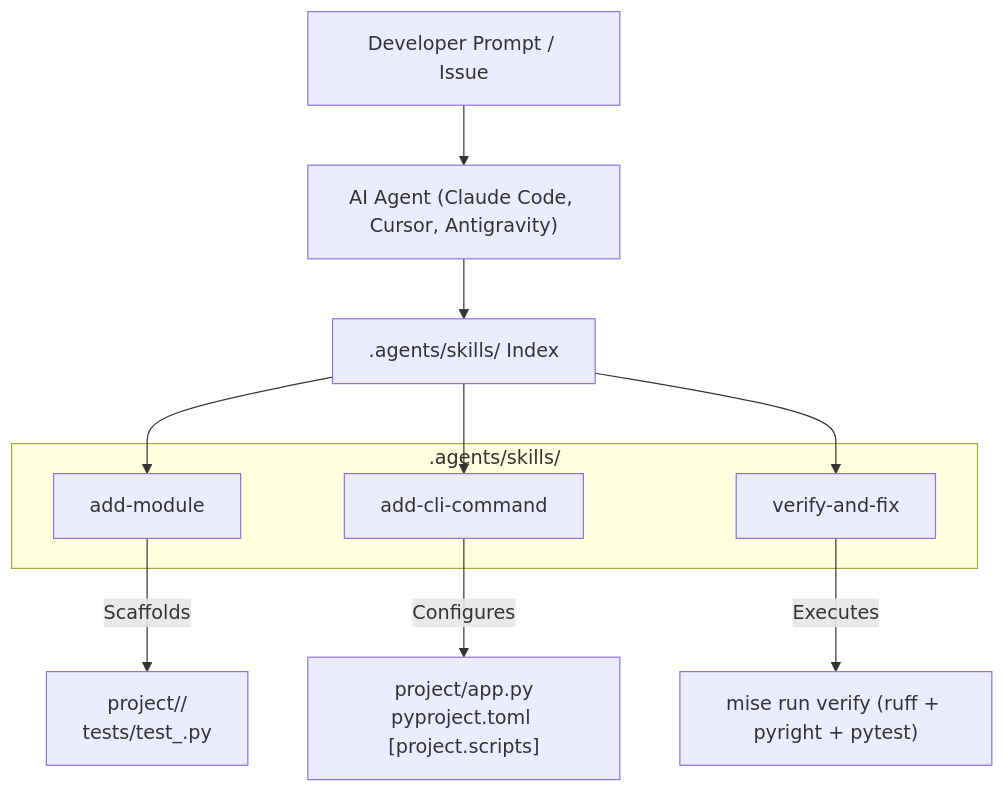
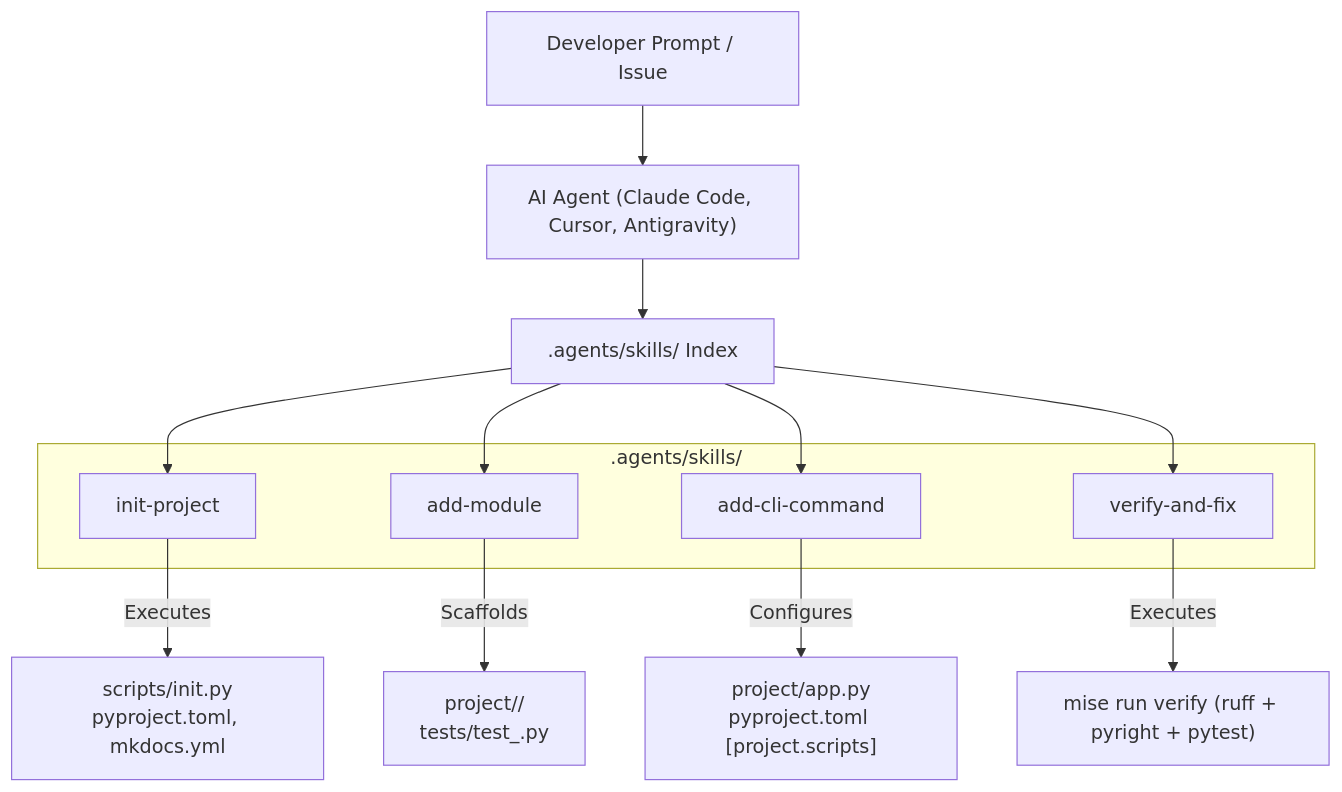
The diagram in .vibe/specs/add-skills/design.md (cur8d/python), drawn with Mermaid before and after one commit. The commit also changed other lines of this file and 3 other files, not shown here.

Commit message:
docs(spec): add init-project skill to python plan

````diff
--- a/.vibe/specs/add-skills/design.md
+++ b/.vibe/specs/add-skills/design.md
@@ -5,17 +5,19 @@
 ```mermaid
 flowchart TD
     User["Developer Prompt / Issue"] --> Agent["AI Agent (Claude Code, Cursor, Antigravity)"]
     Agent --> Registry[".agents/skills/ Index"]
 
     subgraph Skills [".agents/skills/"]
-        M["add-module"]
-        C["add-cli-command"]
-        V["verify-and-fix"]
+        Init["init-project"]
+        Module["add-module"]
+        CLI["add-cli-command"]
+        Verify["verify-and-fix"]
     end
 
-    Registry --> M & C & V
+    Registry --> Init & Module & CLI & Verify
 
-    M -->|"Scaffolds"| Domain["project/<module>/<br/>tests/test_<module>.py"]
-    C -->|"Configures"| CLI["project/app.py<br/>pyproject.toml [project.scripts]"]
-    V -->|"Executes"| Tasks["mise run verify (ruff + pyright + pytest)"]
+    Init -->|"Executes"| Scripts["scripts/init.py<br/>pyproject.toml, mkdocs.yml"]
+    Module -->|"Scaffolds"| Domain["project/<module>/<br/>tests/test_<module>.py"]
+    CLI -->|"Configures"| Entry["project/app.py<br/>pyproject.toml [project.scripts]"]
+    Verify -->|"Executes"| Tasks["mise run verify (ruff + pyright + pytest)"]
 ```
````
